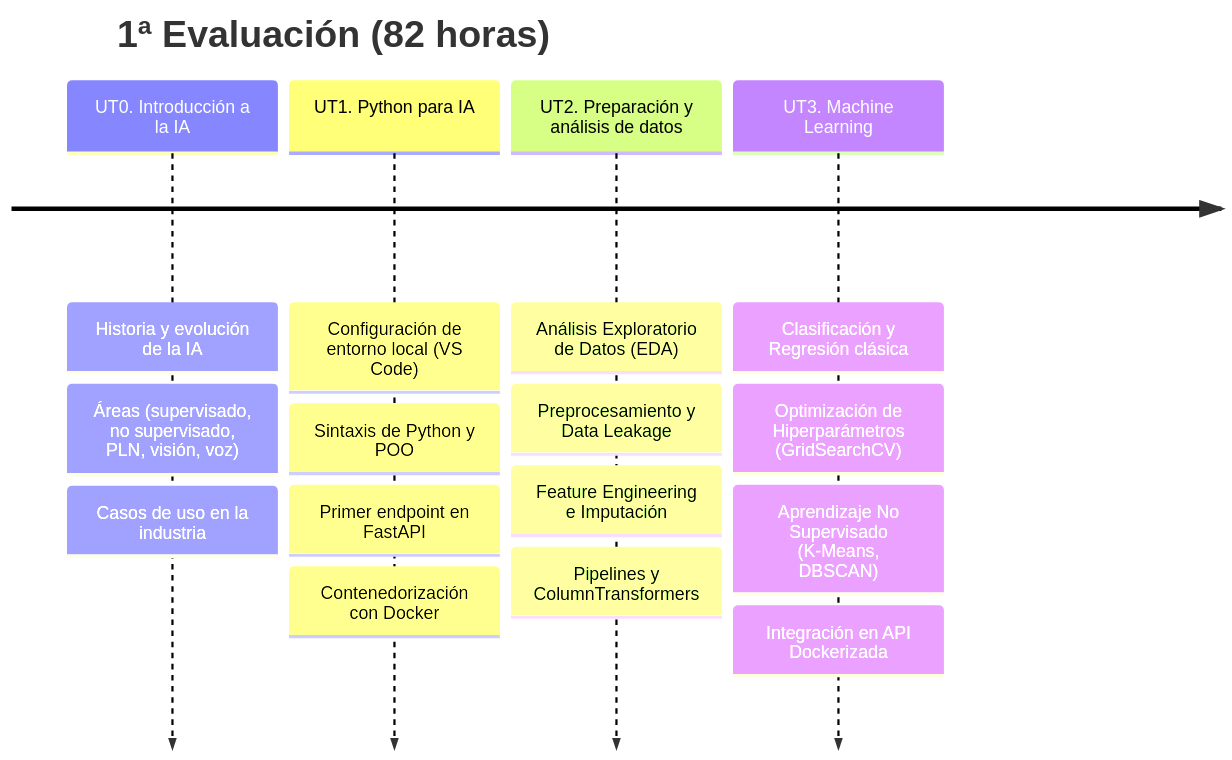
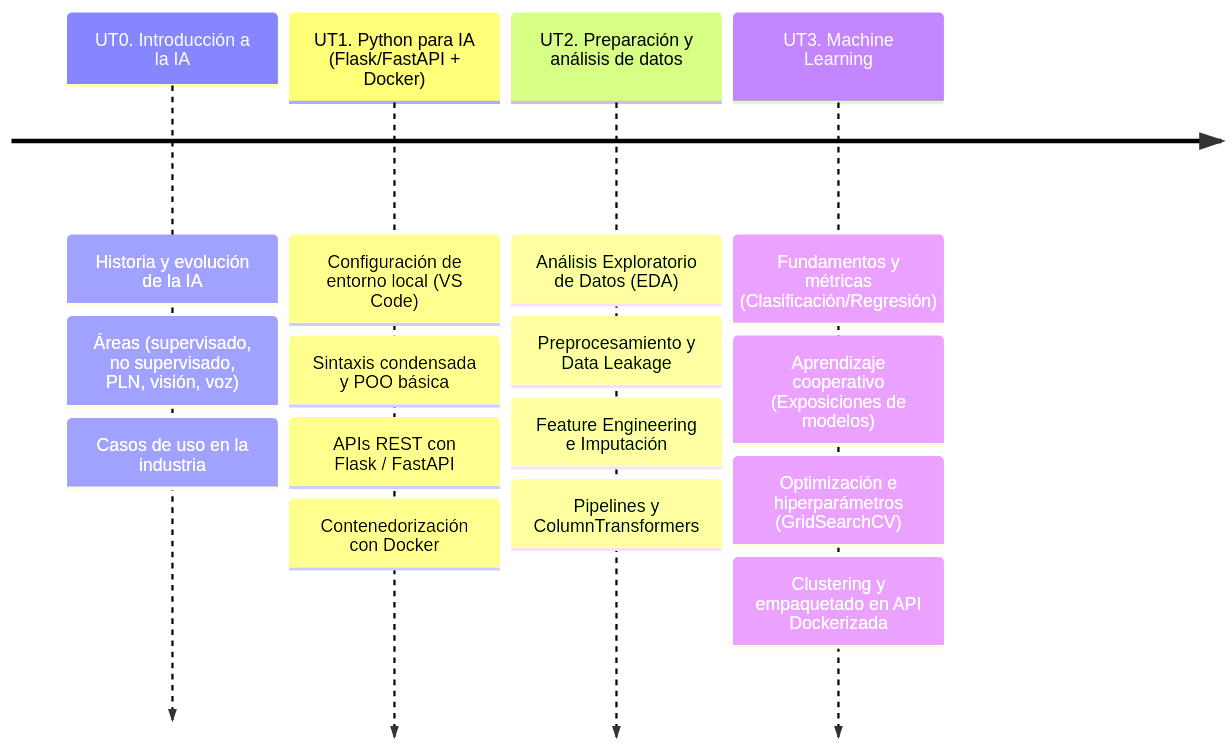
One commit to acamarac02/DevTacora changed the first of 3 diagrams in docs/02_pia_2627/index.md. Above: the diagram before and after it, drawn with Mermaid. The commit also changed other lines of this file and 48 other files, not shown here.

````diff
--- a/docs/02_pia_2627/index.md
+++ b/docs/02_pia_2627/index.md
@@ -46,27 +46,26 @@
 ```mermaid
 ---
 config:
   theme: default
 ---
 timeline
-    title 1ª Evaluación (82 horas)
     UT0. Introducción a la IA
       : Historia y evolución de la IA
       : Áreas (supervisado, no supervisado, PLN, visión, voz)
       : Casos de uso en la industria
-    UT1. Python para IA
+    UT1. Python para IA (Flask/FastAPI + Docker)
       : Configuración de entorno local (VS Code)
-      : Sintaxis de Python y POO
-      : Primer endpoint en FastAPI
+      : Sintaxis condensada y POO básica
+      : APIs REST con Flask / FastAPI
       : Contenedorización con Docker
     UT2. Preparación y análisis de datos
       : Análisis Exploratorio de Datos (EDA)
       : Preprocesamiento y Data Leakage
       : Feature Engineering e Imputación
       : Pipelines y ColumnTransformers
     UT3. Machine Learning
-      : Clasificación y Regresión clásica
-      : Optimización de Hiperparámetros (GridSearchCV)
-      : Aprendizaje No Supervisado (K-Means, DBSCAN)
-      : Integración en API Dockerizada
+      : Fundamentos y métricas (Clasificación/Regresión)
+      : Aprendizaje cooperativo (Exposiciones de modelos)
+      : Optimización e hiperparámetros (GridSearchCV)
+      : Clustering y empaquetado en API Dockerizada
 ```
````
